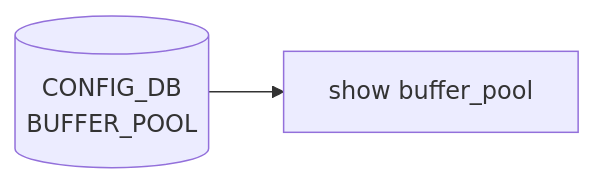
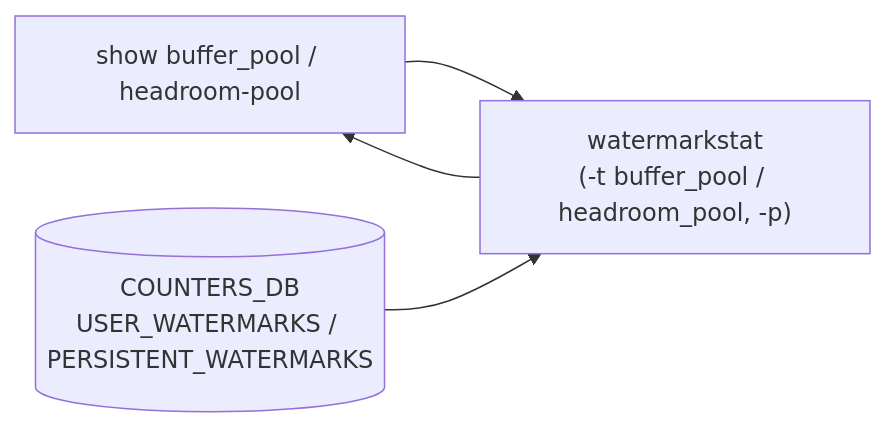
One commit to aoki-taquan/sonic-unofficial-docs changed the diagram in docs/reference/cli/show-buffer-pool.md. Above: the diagram before and after it, drawn with Mermaid. The commit also changed other lines of this file and 17 other files, not shown here.

````diff
--- a/docs/reference/cli/show-buffer-pool.md
+++ b/docs/reference/cli/show-buffer-pool.md
@@ -102,6 +102,9 @@
 ```mermaid
 flowchart LR
-  CLI["show buffer_pool"]
-  CDB0[("CONFIG_DB<br/>BUFFER_POOL")]
-  CDB0 --> CLI
+  CLI["show buffer_pool / headroom-pool"]
+  WS["watermarkstat<br/>(-t buffer_pool / headroom_pool, -p)"]
+  CDB0[("COUNTERS_DB<br/>USER_WATERMARKS / PERSISTENT_WATERMARKS")]
+  CLI --> WS
+  CDB0 --> WS
+  WS --> CLI
 ```
````
